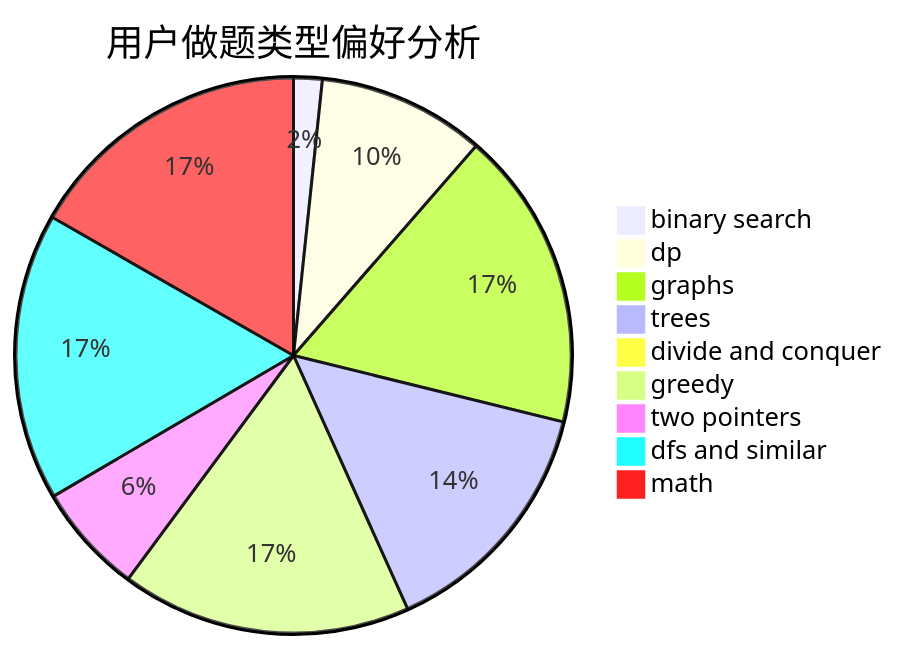
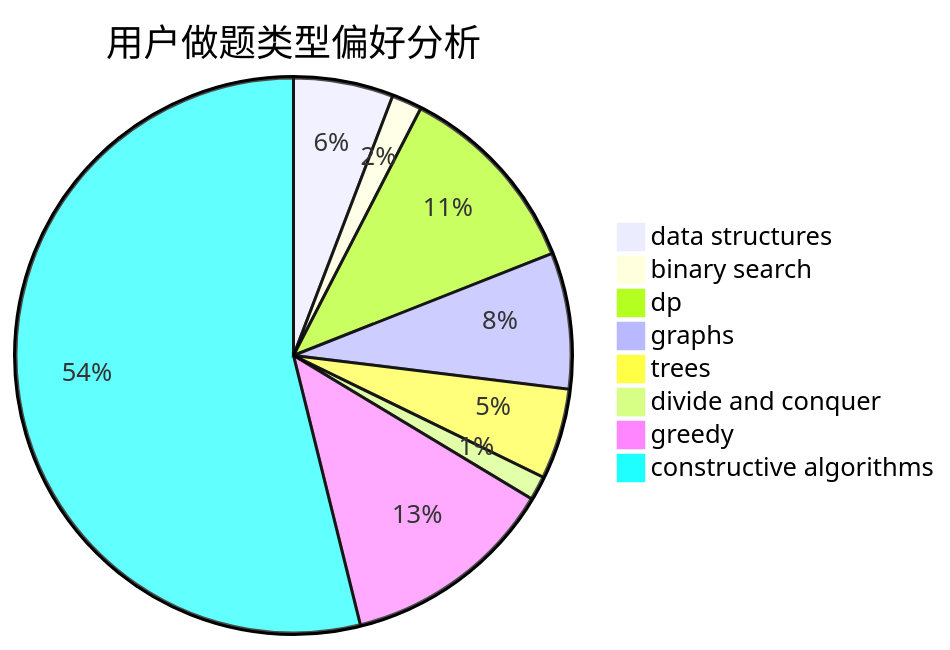
One commit to sherpahu/cfrs.github.io changed the second of 3 diagrams in docs/user/u2295.md. Above: the diagram before and after it, drawn with Mermaid. The commit also changed other lines of this file and 2775 other files, not shown here.

````diff
--- a/docs/user/u2295.md
+++ b/docs/user/u2295.md
@@ -23,12 +23,11 @@
 ```mermaid
 pie title 用户做题类型偏好分析
-    "binary search" :  21
-    "dp" :  123
-    "graphs" :  220
-    "trees" :  182
+    "data structures" :  33
+    "binary search" :  10
+    "dp" :  65
+    "graphs" :  45
+    "trees" :  30
     "divide and conquer" :  8
-    "greedy" :  213
-    "two pointers" :  81
-    "dfs and similar" :  211
-    "math" :  211
+    "greedy" :  71
+    "constructive algorithms" :  306
 ```
````
